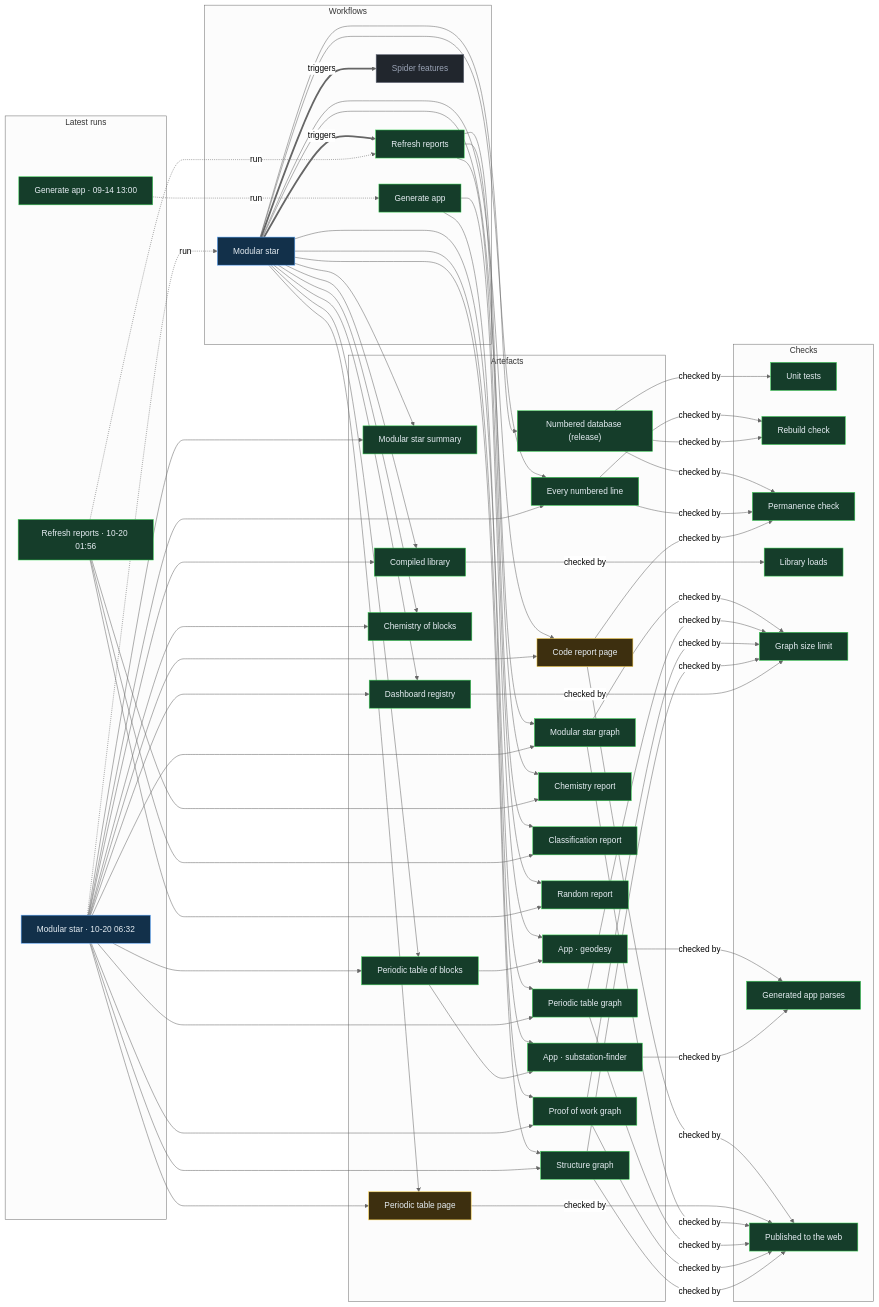
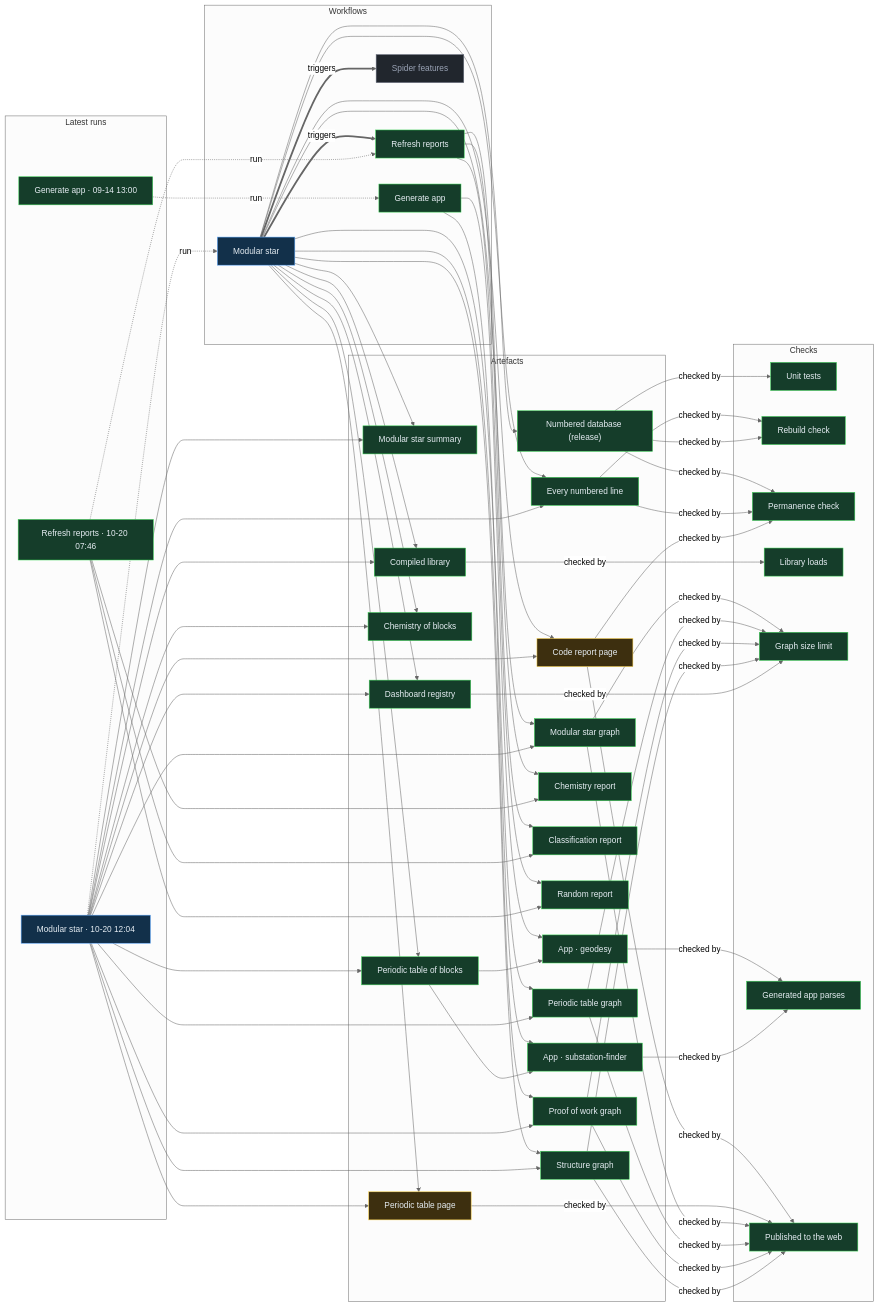
One commit to Ventusltd/stars changed the diagram in proof/PROOF.md. Above: the diagram before and after it, drawn with Mermaid (neutral theme). The commit also changed other lines of this file and 46 other files, not shown here.

Commit message:
Modular star 2026-10-20T12:07Z

```diff
--- a/proof/PROOF.md
+++ b/proof/PROOF.md
@@ -24,8 +24,8 @@
   n_wf_spider_features["Spider features"]:::off
   end
   subgraph g_runs["Latest runs"]
-  n_run_39380990822["Modular star · 10-20 06:32"]:::live
-  n_run_39356176998["Refresh reports · 10-20 01:56"]:::ok
+  n_run_39419552168["Modular star · 10-20 12:04"]:::live
+  n_run_39388745486["Refresh reports · 10-20 07:46"]:::ok
   n_run_34846587798["Generate app · 09-14 13:00"]:::ok
   end
   subgraph g_artefacts["Artefacts"]
@@ -59,39 +59,39 @@
   end
   n_wf_modular_star == triggers ==> n_wf_refresh
   n_wf_modular_star == triggers ==> n_wf_spider_features
-  n_run_39380990822 -. run .-> n_wf_modular_star
-  n_run_39356176998 -. run .-> n_wf_refresh
+  n_run_39419552168 -. run .-> n_wf_modular_star
+  n_run_39388745486 -. run .-> n_wf_refresh
   n_run_34846587798 -. run .-> n_wf_generate
   n_wf_modular_star --> n_art_summary
-  n_run_39380990822 --> n_art_summary
+  n_run_39419552168 --> n_art_summary
   n_wf_modular_star --> n_art_lines
-  n_run_39380990822 --> n_art_lines
+  n_run_39419552168 --> n_art_lines
   n_wf_modular_star --> n_art_code
-  n_run_39380990822 --> n_art_code
+  n_run_39419552168 --> n_art_code
   n_wf_modular_star --> n_art_modular_graph
-  n_run_39380990822 --> n_art_modular_graph
+  n_run_39419552168 --> n_art_modular_graph
   n_wf_modular_star --> n_art_blocks
-  n_run_39380990822 --> n_art_blocks
+  n_run_39419552168 --> n_art_blocks
   n_wf_modular_star --> n_art_table
-  n_run_39380990822 --> n_art_table
+  n_run_39419552168 --> n_art_table
   n_wf_modular_star --> n_art_blocks_graph
-  n_run_39380990822 --> n_art_blocks_graph
+  n_run_39419552168 --> n_art_blocks_graph
   n_wf_modular_star --> n_art_reactions
-  n_run_39380990822 --> n_art_reactions
+  n_run_39419552168 --> n_art_reactions
   n_wf_modular_star --> n_art_library
-  n_run_39380990822 --> n_art_library
+  n_run_39419552168 --> n_art_library
   n_wf_modular_star --> n_art_features
-  n_run_39380990822 --> n_art_features
+  n_run_39419552168 --> n_art_features
   n_wf_modular_star --> n_art_proof
-  n_run_39380990822 --> n_art_proof
+  n_run_39419552168 --> n_art_proof
   n_wf_modular_star --> n_art_structure
-  n_run_39380990822 --> n_art_structure
+  n_run_39419552168 --> n_art_structure
   n_wf_refresh --> n_art_chemistry
-  n_run_39356176998 --> n_art_chemistry
+  n_run_39388745486 --> n_art_chemistry
   n_wf_refresh --> n_art_vedic
-  n_run_39356176998 --> n_art_vedic
+  n_run_39388745486 --> n_art_vedic
   n_wf_refresh --> n_art_random
-  n_run_39356176998 --> n_art_random
+  n_run_39388745486 --> n_art_random
   n_wf_modular_star --> n_art_release
   n_wf_generate --> n_app_geodesy
   n_art_blocks --> n_app_geodesy
```
